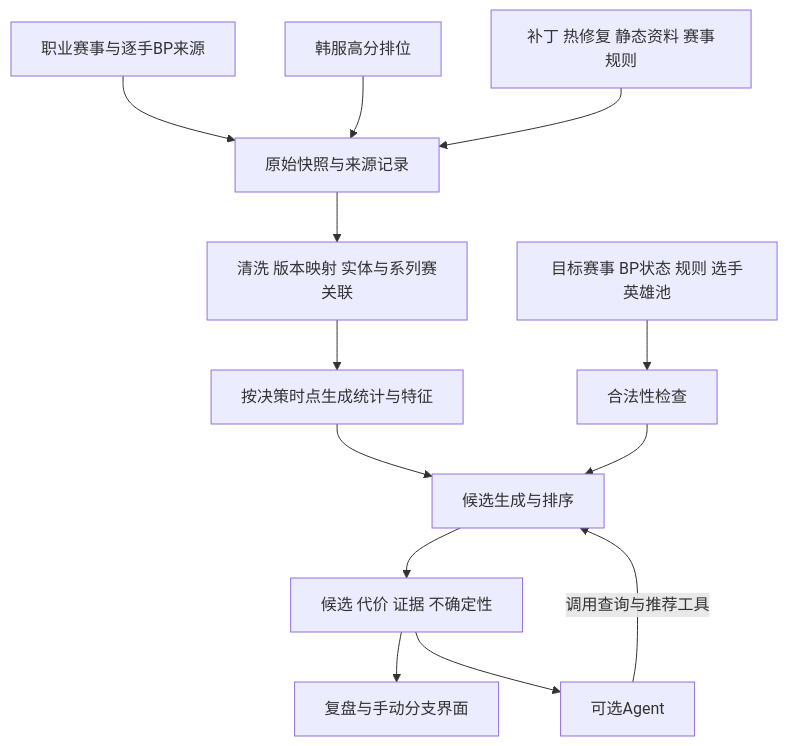
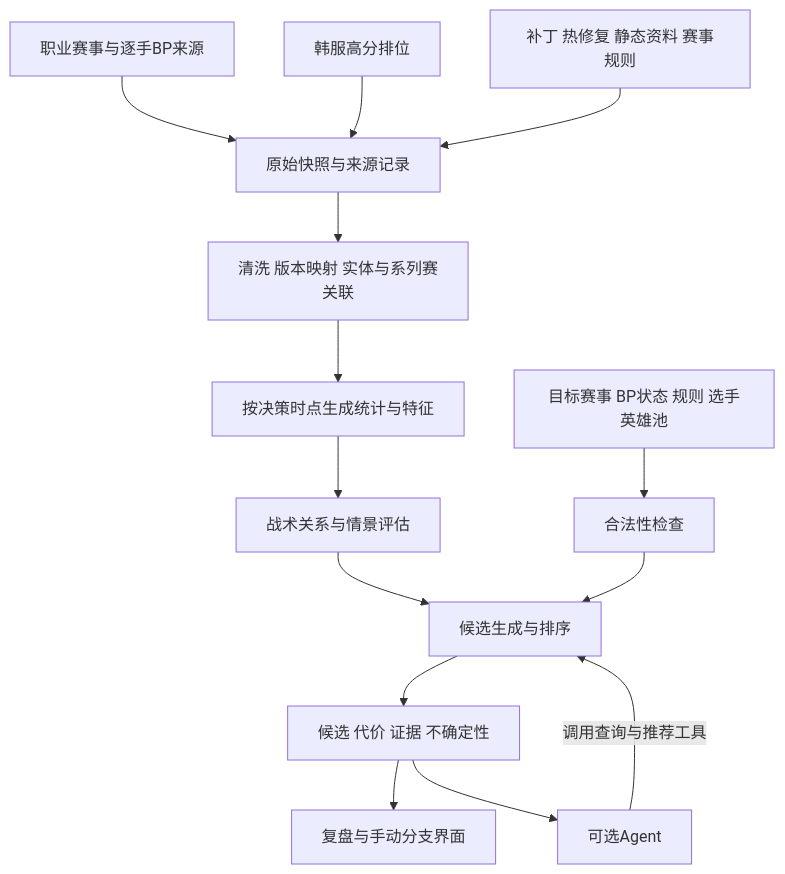
One commit to fsyabc111/LOL_bp changed the diagram in docs/design/early-design.md. Above: the diagram before and after it, drawn with Mermaid. The commit also changed other lines of this file and 1 other file, not shown here.

````diff
--- a/docs/design/early-design.md
+++ b/docs/design/early-design.md
@@ -173,15 +176,16 @@
 ```mermaid
 flowchart TD
     A[职业赛事与逐手BP来源] --> D[原始快照与来源记录]
     B[韩服高分排位] --> D
     C[补丁 热修复 静态资料 赛事规则] --> D
     D --> E[清洗 版本映射 实体与系列赛关联]
     E --> F[按决策时点生成统计与特征]
-    F --> H[候选生成与排序]
+    F --> M[战术关系与情景评估]
+    M --> H[候选生成与排序]
     G[目标赛事 BP状态 规则 选手英雄池] --> I[合法性检查]
     I --> H
     H --> J[候选 代价 证据 不确定性]
     J --> K[复盘与手动分支界面]
     L[可选Agent] -->|调用查询与推荐工具| H
     J --> L
 ```
````
